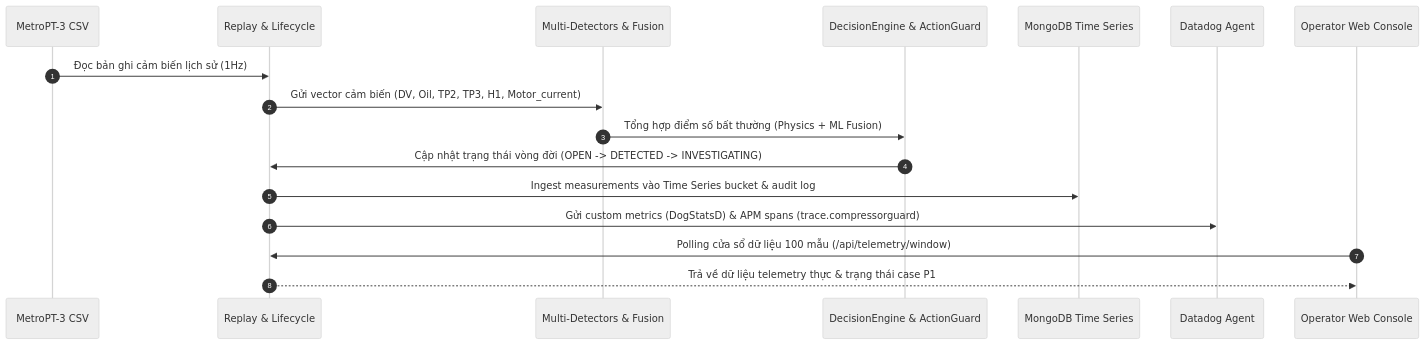
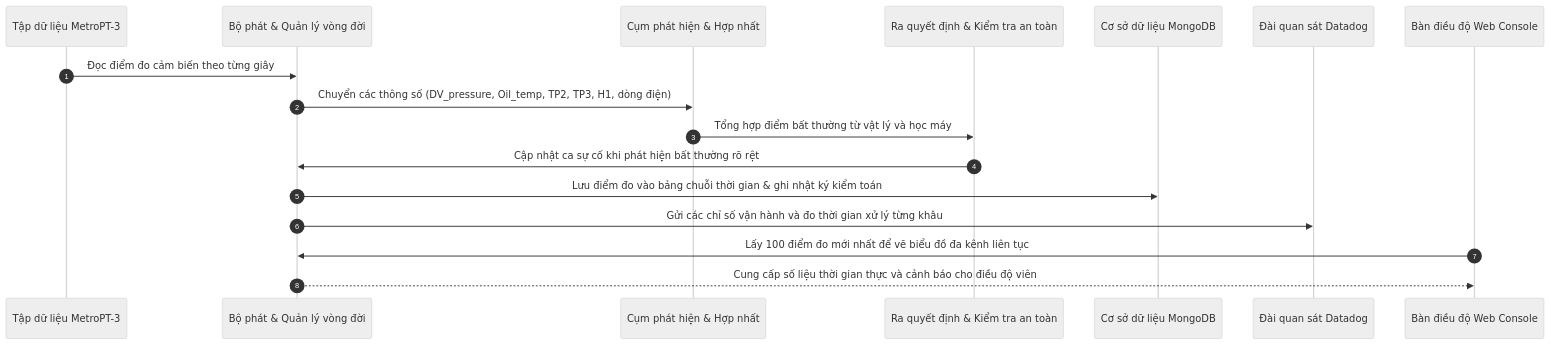
Before and after one commit to gnuhhung317/rails-ops: the second of 2 diagrams in docs/01_SYSTEM_ARCHITECTURE.md, drawn with Mermaid (neutral theme). The commit also changed other lines of this file and 3 other files, not shown here.

````diff
--- a/docs/01_SYSTEM_ARCHITECTURE.md
+++ b/docs/01_SYSTEM_ARCHITECTURE.md
@@ -78,20 +78,20 @@
 ```mermaid
 sequenceDiagram
     autonumber
-    participant CSV as MetroPT-3 CSV
-    participant Engine as Replay & Lifecycle
-    participant Detectors as Multi-Detectors & Fusion
-    participant Decision as DecisionEngine & ActionGuard
-    participant Mongo as MongoDB Time Series
-    participant Datadog as Datadog Agent
-    participant UI as Operator Web Console
+    participant CSV as Tập dữ liệu MetroPT-3
+    participant Engine as Bộ phát & Quản lý vòng đời
+    participant Detectors as Cụm phát hiện & Hợp nhất
+    participant Decision as Ra quyết định & Kiểm tra an toàn
+    participant Mongo as Cơ sở dữ liệu MongoDB
+    participant Datadog as Đài quan sát Datadog
+    participant UI as Bàn điều độ Web Console
 
-    CSV->>Engine: Đọc bản ghi cảm biến lịch sử (1Hz)
-    Engine->>Detectors: Gửi vector cảm biến (DV, Oil, TP2, TP3, H1, Motor_current)
-    Detectors->>Decision: Tổng hợp điểm số bất thường (Physics + ML Fusion)
-    Decision->>Engine: Cập nhật trạng thái vòng đời (OPEN -> DETECTED -> INVESTIGATING)
-    Engine->>Mongo: Ingest measurements vào Time Series bucket & audit log
-    Engine->>Datadog: Gửi custom metrics (DogStatsD) & APM spans (trace.compressorguard)
-    UI->>Engine: Polling cửa sổ dữ liệu 100 mẫu (/api/telemetry/window)
-    Engine-->>UI: Trả về dữ liệu telemetry thực & trạng thái case P1
+    CSV->>Engine: Đọc điểm đo cảm biến theo từng giây
+    Engine->>Detectors: Chuyển các thông số (DV_pressure, Oil_temp, TP2, TP3, H1, dòng điện)
+    Detectors->>Decision: Tổng hợp điểm bất thường từ vật lý và học máy
+    Decision->>Engine: Cập nhật ca sự cố khi phát hiện bất thường rõ rệt
+    Engine->>Mongo: Lưu điểm đo vào bảng chuỗi thời gian & ghi nhật ký kiểm toán
+    Engine->>Datadog: Gửi các chỉ số vận hành và đo thời gian xử lý từng khâu
+    UI->>Engine: Lấy 100 điểm đo mới nhất để vẽ biểu đồ đa kênh liên tục
+    Engine-->>UI: Cung cấp số liệu thời gian thực và cảnh báo cho điều độ viên
 ```
````
